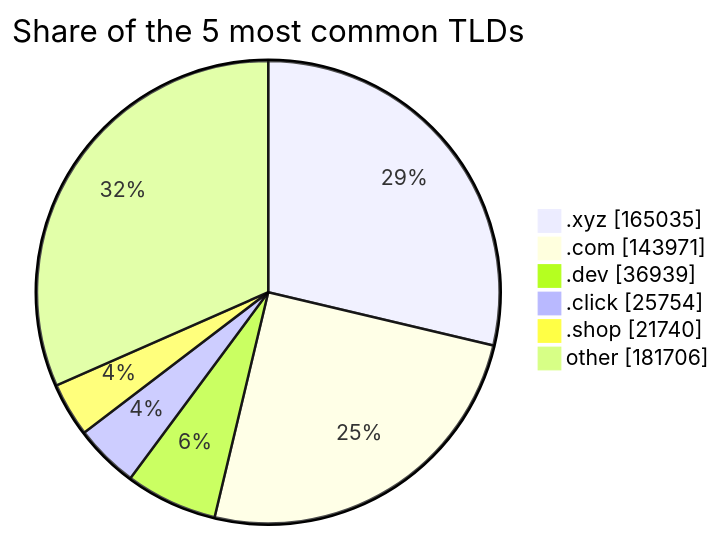
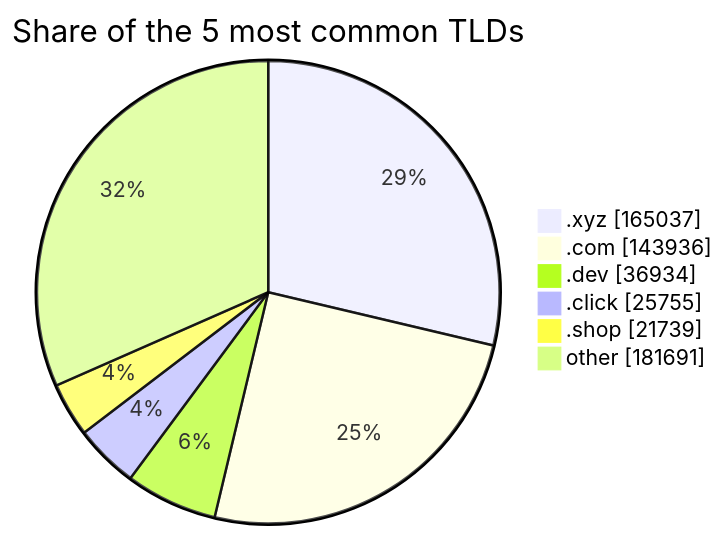
One commit to DNSBunker/CTI changed the third of 3 diagrams in README.md. Above: the diagram before and after it, drawn with Mermaid. The commit also changed other lines of this file and 3 other files, not shown here.

````diff
--- a/README.md
+++ b/README.md
@@ -81,9 +81,9 @@
 ```mermaid
 pie showData title Share of the 5 most common TLDs
-    ".xyz" : 165035
-    ".com" : 143971
-    ".dev" : 36939
-    ".click" : 25754
-    ".shop" : 21740
-    "other" : 181706
+    ".xyz" : 165037
+    ".com" : 143936
+    ".dev" : 36934
+    ".click" : 25755
+    ".shop" : 21739
+    "other" : 181691
 ```
````
